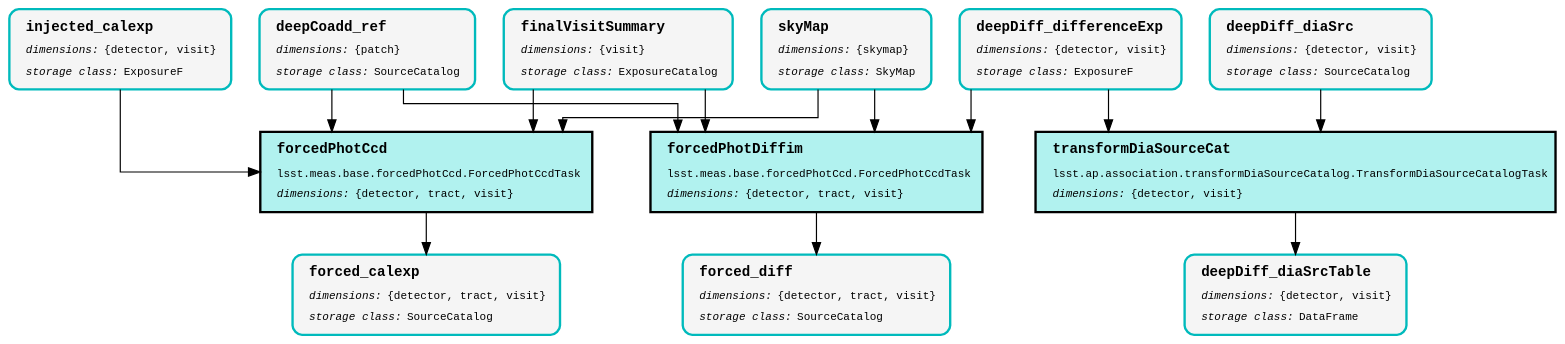
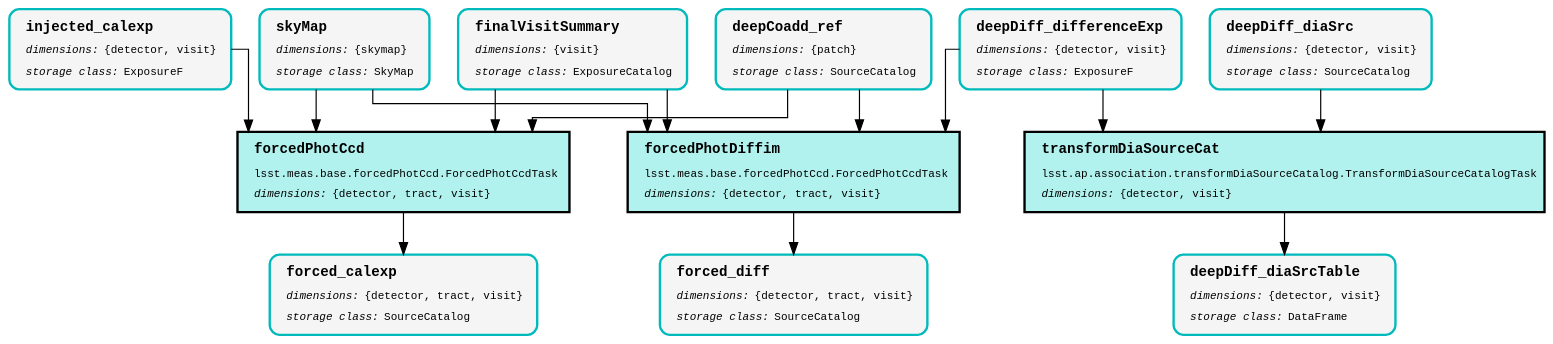
Before and after one commit to dirac-institute/proc-decam: the diagram in pipelines/DRP/step4b/pipeline.dot, drawn with Graphviz. The commit also changed other lines of this file and 67 other files, not shown here.

```diff
--- a/pipelines/DRP/step4b/pipeline.dot
+++ b/pipelines/DRP/step4b/pipeline.dot
@@ -1,30 +1,30 @@
 digraph Pipeline {
 graph [splines="ortho", nodesep="0.5", ranksep="0.75"];
 node [shape="box", fontname="Monospace", fontsize="14", margin="0.2,0.1", penwidth="3"];
 edge [color="black", arrowsize="1.5", penwidth="1.5", pad="10mm"];
 "forcedPhotCcd:2" [style="filled", color="black", fillcolor="#B1F2EF", label=<<TABLE BORDER="0" CELLPADDING="5"><TR><TD ALIGN="LEFT"><B><FONT POINT-SIZE="18">forcedPhotCcd</FONT></B></TD></TR><TR><TD ALIGN="LEFT">lsst.meas.base.forcedPhotCcd.ForcedPhotCcdTask</TD></TR><TR><TD ALIGN="LEFT"><I>dimensions:</I>&nbsp;{detector, tract, visit}</TD></TR></TABLE>>];
+"skyMap:0" [style="rounded,filled,bold", color="#00BABC", fillcolor="#F5F5F5", label=<<TABLE BORDER="0" CELLPADDING="5"><TR><TD ALIGN="LEFT"><B><FONT POINT-SIZE="18">skyMap</FONT></B></TD></TR><TR><TD ALIGN="LEFT"><I>dimensions:</I>&nbsp;{skymap}</TD></TR><TR><TD ALIGN="LEFT"><I>storage class:</I>&nbsp;SkyMap</TD></TR></TABLE>>];
+"injected_calexp:0" [style="rounded,filled,bold", color="#00BABC", fillcolor="#F5F5F5", label=<<TABLE BORDER="0" CELLPADDING="5"><TR><TD ALIGN="LEFT"><B><FONT POINT-SIZE="18">injected_calexp</FONT></B></TD></TR><TR><TD ALIGN="LEFT"><I>dimensions:</I>&nbsp;{detector, visit}</TD></TR><TR><TD ALIGN="LEFT"><I>storage class:</I>&nbsp;ExposureF</TD></TR></TABLE>>];
+"finalVisitSummary:0" [style="rounded,filled,bold", color="#00BABC", fillcolor="#F5F5F5", label=<<TABLE BORDER="0" CELLPADDING="5"><TR><TD ALIGN="LEFT"><B><FONT POINT-SIZE="18">finalVisitSummary</FONT></B></TD></TR><TR><TD ALIGN="LEFT"><I>dimensions:</I>&nbsp;{visit}</TD></TR><TR><TD ALIGN="LEFT"><I>storage class:</I>&nbsp;ExposureCatalog</TD></TR></TABLE>>];
 "deepCoadd_ref:0" [style="rounded,filled,bold", color="#00BABC", fillcolor="#F5F5F5", label=<<TABLE BORDER="0" CELLPADDING="5"><TR><TD ALIGN="LEFT"><B><FONT POINT-SIZE="18">deepCoadd_ref</FONT></B></TD></TR><TR><TD ALIGN="LEFT"><I>dimensions:</I>&nbsp;{patch}</TD></TR><TR><TD ALIGN="LEFT"><I>storage class:</I>&nbsp;SourceCatalog</TD></TR></TABLE>>];
-"finalVisitSummary:0" [style="rounded,filled,bold", color="#00BABC", fillcolor="#F5F5F5", label=<<TABLE BORDER="0" CELLPADDING="5"><TR><TD ALIGN="LEFT"><B><FONT POINT-SIZE="18">finalVisitSummary</FONT></B></TD></TR><TR><TD ALIGN="LEFT"><I>dimensions:</I>&nbsp;{visit}</TD></TR><TR><TD ALIGN="LEFT"><I>storage class:</I>&nbsp;ExposureCatalog</TD></TR></TABLE>>];
-"injected_calexp:0" [style="rounded,filled,bold", color="#00BABC", fillcolor="#F5F5F5", label=<<TABLE BORDER="0" CELLPADDING="5"><TR><TD ALIGN="LEFT"><B><FONT POINT-SIZE="18">injected_calexp</FONT></B></TD></TR><TR><TD ALIGN="LEFT"><I>dimensions:</I>&nbsp;{detector, visit}</TD></TR><TR><TD ALIGN="LEFT"><I>storage class:</I>&nbsp;ExposureF</TD></TR></TABLE>>];
-"skyMap:0" [style="rounded,filled,bold", color="#00BABC", fillcolor="#F5F5F5", label=<<TABLE BORDER="0" CELLPADDING="5"><TR><TD ALIGN="LEFT"><B><FONT POINT-SIZE="18">skyMap</FONT></B></TD></TR><TR><TD ALIGN="LEFT"><I>dimensions:</I>&nbsp;{skymap}</TD></TR><TR><TD ALIGN="LEFT"><I>storage class:</I>&nbsp;SkyMap</TD></TR></TABLE>>];
 "forced_calexp:0" [style="rounded,filled,bold", color="#00BABC", fillcolor="#F5F5F5", label=<<TABLE BORDER="0" CELLPADDING="5"><TR><TD ALIGN="LEFT"><B><FONT POINT-SIZE="18">forced_calexp</FONT></B></TD></TR><TR><TD ALIGN="LEFT"><I>dimensions:</I>&nbsp;{detector, tract, visit}</TD></TR><TR><TD ALIGN="LEFT"><I>storage class:</I>&nbsp;SourceCatalog</TD></TR></TABLE>>];
 "transformDiaSourceCat:2" [style="filled", color="black", fillcolor="#B1F2EF", label=<<TABLE BORDER="0" CELLPADDING="5"><TR><TD ALIGN="LEFT"><B><FONT POINT-SIZE="18">transformDiaSourceCat</FONT></B></TD></TR><TR><TD ALIGN="LEFT">lsst.ap.association.transformDiaSourceCatalog.TransformDiaSourceCatalogTask</TD></TR><TR><TD ALIGN="LEFT"><I>dimensions:</I>&nbsp;{detector, visit}</TD></TR></TABLE>>];
 "deepDiff_differenceExp:0" [style="rounded,filled,bold", color="#00BABC", fillcolor="#F5F5F5", label=<<TABLE BORDER="0" CELLPADDING="5"><TR><TD ALIGN="LEFT"><B><FONT POINT-SIZE="18">deepDiff_differenceExp</FONT></B></TD></TR><TR><TD ALIGN="LEFT"><I>dimensions:</I>&nbsp;{detector, visit}</TD></TR><TR><TD ALIGN="LEFT"><I>storage class:</I>&nbsp;ExposureF</TD></TR></TABLE>>];
 "deepDiff_diaSrc:0" [style="rounded,filled,bold", color="#00BABC", fillcolor="#F5F5F5", label=<<TABLE BORDER="0" CELLPADDING="5"><TR><TD ALIGN="LEFT"><B><FONT POINT-SIZE="18">deepDiff_diaSrc</FONT></B></TD></TR><TR><TD ALIGN="LEFT"><I>dimensions:</I>&nbsp;{detector, visit}</TD></TR><TR><TD ALIGN="LEFT"><I>storage class:</I>&nbsp;SourceCatalog</TD></TR></TABLE>>];
 "deepDiff_diaSrcTable:0" [style="rounded,filled,bold", color="#00BABC", fillcolor="#F5F5F5", label=<<TABLE BORDER="0" CELLPADDING="5"><TR><TD ALIGN="LEFT"><B><FONT POINT-SIZE="18">deepDiff_diaSrcTable</FONT></B></TD></TR><TR><TD ALIGN="LEFT"><I>dimensions:</I>&nbsp;{detector, visit}</TD></TR><TR><TD ALIGN="LEFT"><I>storage class:</I>&nbsp;DataFrame</TD></TR></TABLE>>];
 "forcedPhotDiffim:2" [style="filled", color="black", fillcolor="#B1F2EF", label=<<TABLE BORDER="0" CELLPADDING="5"><TR><TD ALIGN="LEFT"><B><FONT POINT-SIZE="18">forcedPhotDiffim</FONT></B></TD></TR><TR><TD ALIGN="LEFT">lsst.meas.base.forcedPhotCcd.ForcedPhotCcdTask</TD></TR><TR><TD ALIGN="LEFT"><I>dimensions:</I>&nbsp;{detector, tract, visit}</TD></TR></TABLE>>];
 "forced_diff:0" [style="rounded,filled,bold", color="#00BABC", fillcolor="#F5F5F5", label=<<TABLE BORDER="0" CELLPADDING="5"><TR><TD ALIGN="LEFT"><B><FONT POINT-SIZE="18">forced_diff</FONT></B></TD></TR><TR><TD ALIGN="LEFT"><I>dimensions:</I>&nbsp;{detector, tract, visit}</TD></TR><TR><TD ALIGN="LEFT"><I>storage class:</I>&nbsp;SourceCatalog</TD></TR></TABLE>>];
 "forcedPhotCcd:2" -> "forced_calexp:0";
+"skyMap:0" -> "forcedPhotCcd:2";
+"skyMap:0" -> "forcedPhotDiffim:2";
+"injected_calexp:0" -> "forcedPhotCcd:2";
+"finalVisitSummary:0" -> "forcedPhotCcd:2";
+"finalVisitSummary:0" -> "forcedPhotDiffim:2";
 "deepCoadd_ref:0" -> "forcedPhotCcd:2";
 "deepCoadd_ref:0" -> "forcedPhotDiffim:2";
-"finalVisitSummary:0" -> "forcedPhotCcd:2";
-"finalVisitSummary:0" -> "forcedPhotDiffim:2";
-"injected_calexp:0" -> "forcedPhotCcd:2";
-"skyMap:0" -> "forcedPhotCcd:2";
-"skyMap:0" -> "forcedPhotDiffim:2";
 "transformDiaSourceCat:2" -> "deepDiff_diaSrcTable:0";
 "deepDiff_differenceExp:0" -> "transformDiaSourceCat:2";
 "deepDiff_differenceExp:0" -> "forcedPhotDiffim:2";
 "deepDiff_diaSrc:0" -> "transformDiaSourceCat:2";
 "forcedPhotDiffim:2" -> "forced_diff:0";
 }
```
